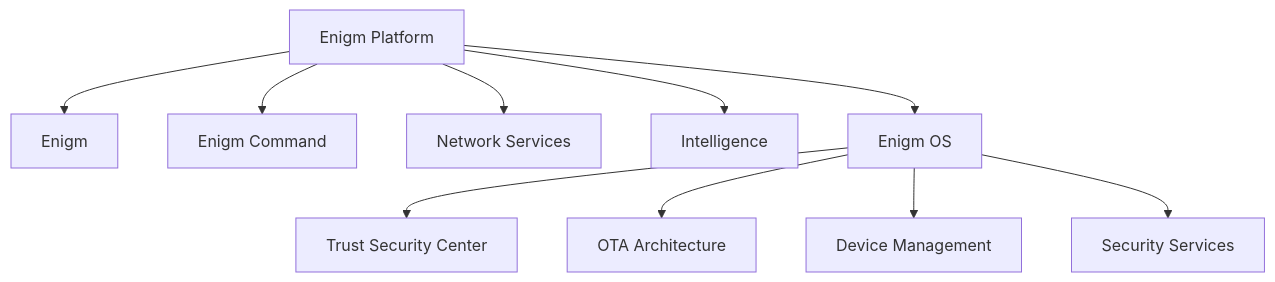
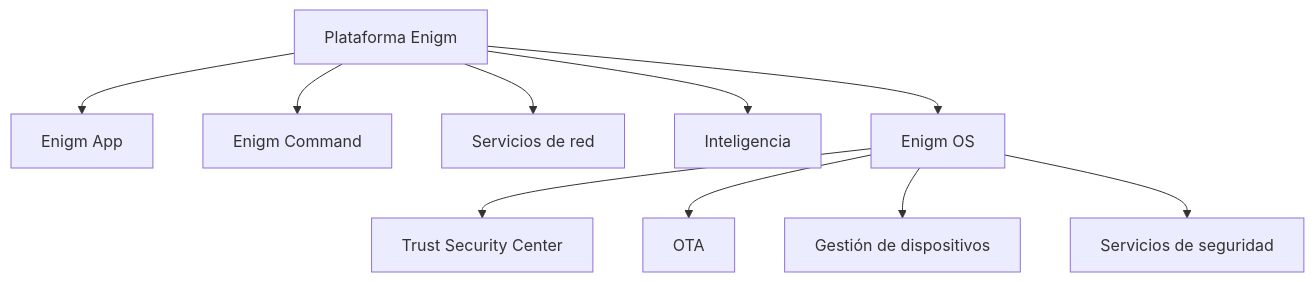
One commit to enigm-llc/docs changed the diagram in es/os/overview.mdx. Above: the diagram before and after it, drawn with Mermaid. The commit also changed other lines of this file and 43 other files, not shown here.

````diff
--- a/es/os/overview.mdx
+++ b/es/os/overview.mdx
@@ -25,23 +32,23 @@
 ```mermaid
 flowchart TD
-  Platform["Enigm Platform"]
-  App["Enigm"]
-  Command["Enigm Command"]
-  Network["Network Services"]
-  Intelligence["Intelligence"]
+  Platform["Plataforma Enigm"]
+  App["Enigm App"]
+  CP["Enigm Command"]
+  Network["Servicios de red"]
+  Intel["Inteligencia"]
   OS["Enigm OS"]
-  Trust["Trust Security Center"]
-  OTA["OTA Architecture"]
-  DM["Device Management"]
-  Services["Security Services"]
+  TSC["Trust Security Center"]
+  OTA["OTA"]
+  DM["Gestión de dispositivos"]
+  Services["Servicios de seguridad"]
 
   Platform --> App
-  Platform --> Command
+  Platform --> CP
   Platform --> Network
-  Platform --> Intelligence
+  Platform --> Intel
   Platform --> OS
-  OS --> Trust
+  OS --> TSC
   OS --> OTA
   OS --> DM
   OS --> Services
 ```
````
